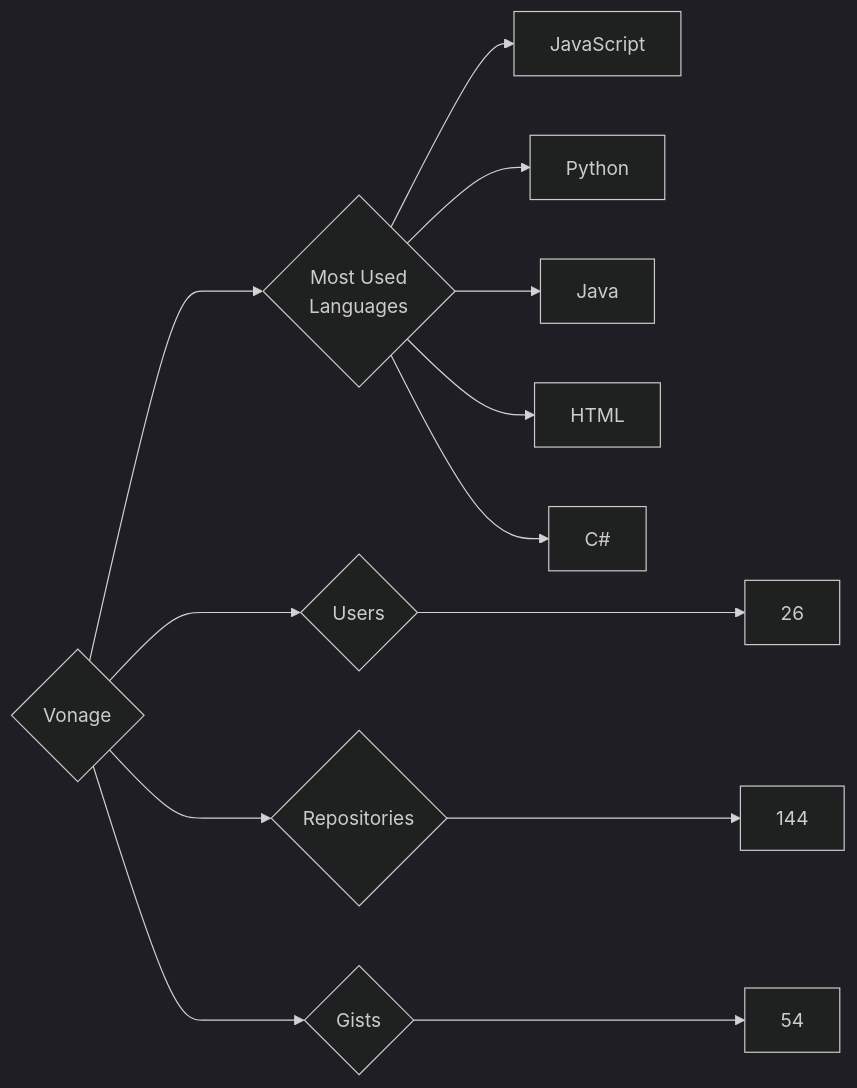
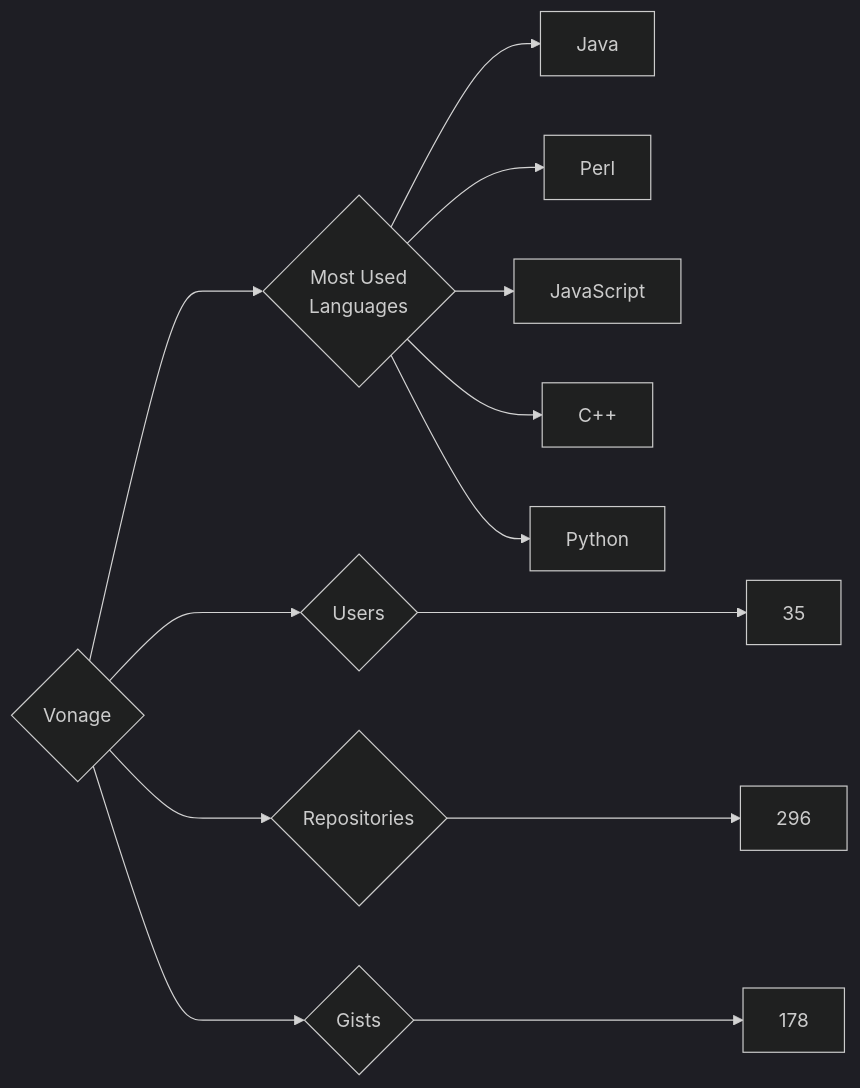
Before and after one commit to trickest/insiders: the diagram in targets/Vonage/README.md, drawn with Mermaid (dark theme). The commit also changed 973 other files, not shown here.

````diff
--- a/targets/Vonage/README.md
+++ b/targets/Vonage/README.md
@@ -3,13 +3,13 @@
 ```mermaid
 graph LR
 COMPANY_NAME{Vonage}
-COMPANY_NAME ---> U{Users} ---> UN[26]
-COMPANY_NAME ---> R{Repositories} ---> RN[144]
-COMPANY_NAME ---> G{Gists} ---> GN[54]
+COMPANY_NAME ---> U{Users} ---> UN[35]
+COMPANY_NAME ---> R{Repositories} ---> RN[296]
+COMPANY_NAME ---> G{Gists} ---> GN[178]
 COMPANY_NAME ---> ML{Most Used<br>Languages}
+ML --> Java[Java]
+ML --> Perl[Perl]
 ML --> JavaScript[JavaScript]
+ML --> C++[C++]
 ML --> Python[Python]
-ML --> Java[Java]
-ML --> HTML[HTML]
-ML --> C#[C#]
 ```
````
